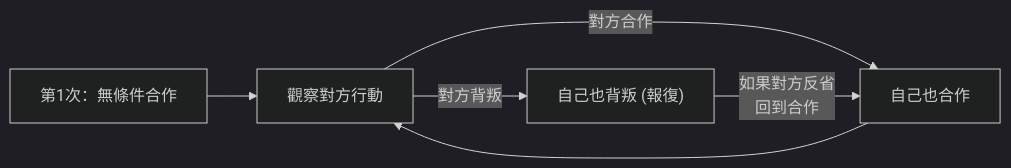
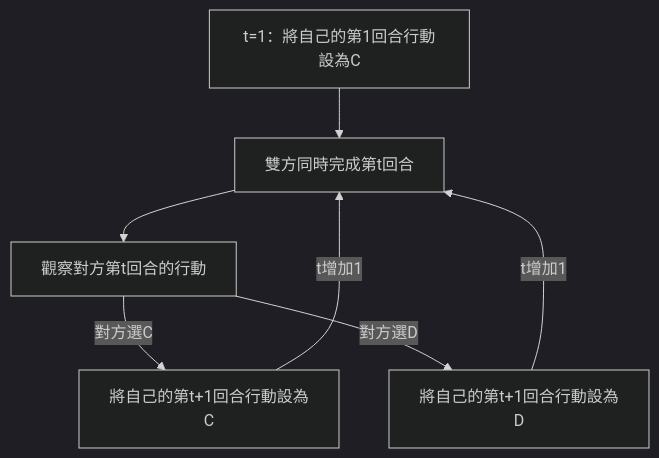
One commit to kenjinote/blog changed the second of 2 diagrams in content/post/囚人のジレンマ/index.zh-tw.md. Above: the diagram before and after it, drawn with Mermaid (dark theme). The commit also changed other lines of this file and 9 other files, not shown here.

````diff
--- a/content/post/囚人のジレンマ/index.zh-tw.md
+++ b/content/post/囚人のジレンマ/index.zh-tw.md
@@ -132,10 +133,9 @@
 ```mermaid
-graph LR
-    Start["第1次：無條件合作"] --> Round2
-    
-    Round2["觀察對方行動"] -->|"對方合作"| Act_Coop["自己也合作"]
-    Round2 -->|"對方背叛"| Act_Betray["自己也背叛 (報復)"]
-    
-    Act_Coop --> Round2
-    Act_Betray -->|"如果對方反省<br>回到合作"| Act_Coop
+graph TD
+    Start["t=1：將自己的第1回合行動設為C"] --> Play["雙方同時完成第t回合"]
+    Play --> Observe["觀察對方第t回合的行動"]
+    Observe -->|"對方選C"| NextC["將自己的第t+1回合行動設為C"]
+    Observe -->|"對方選D"| NextD["將自己的第t+1回合行動設為D"]
+    NextC -->|"t增加1"| Play
+    NextD -->|"t增加1"| Play
 ```
````
